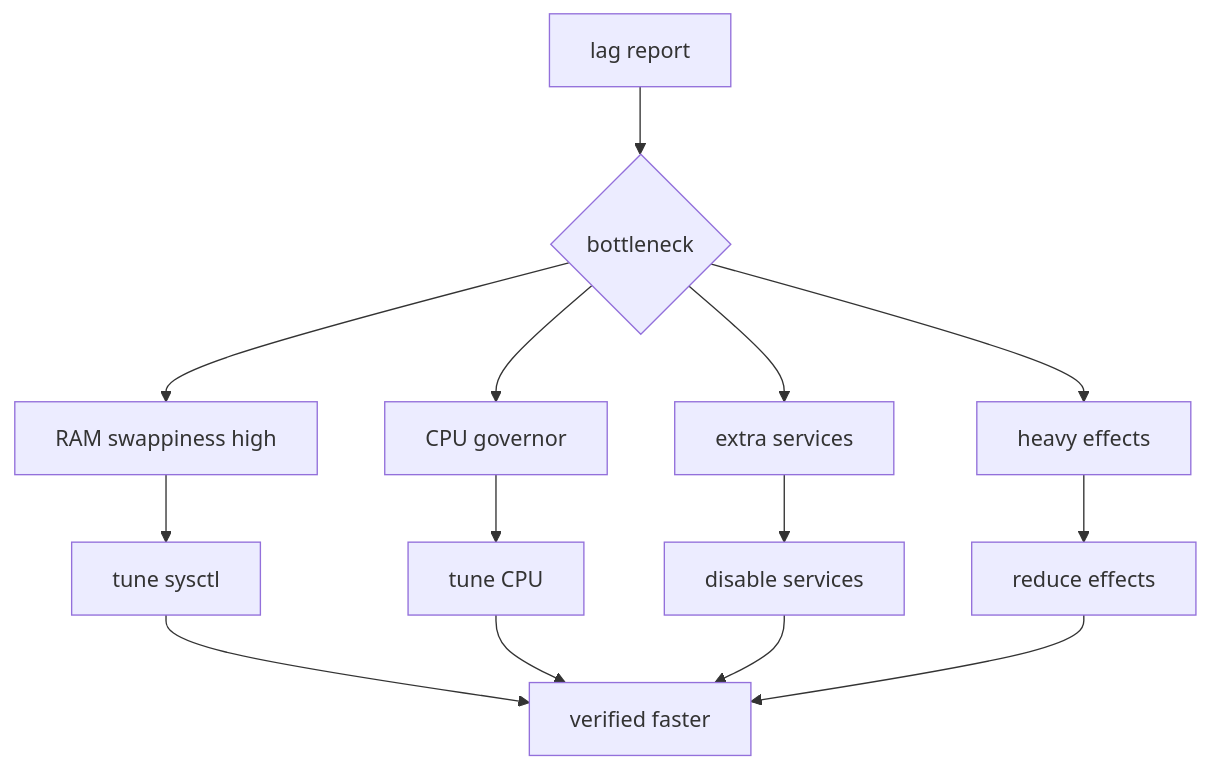
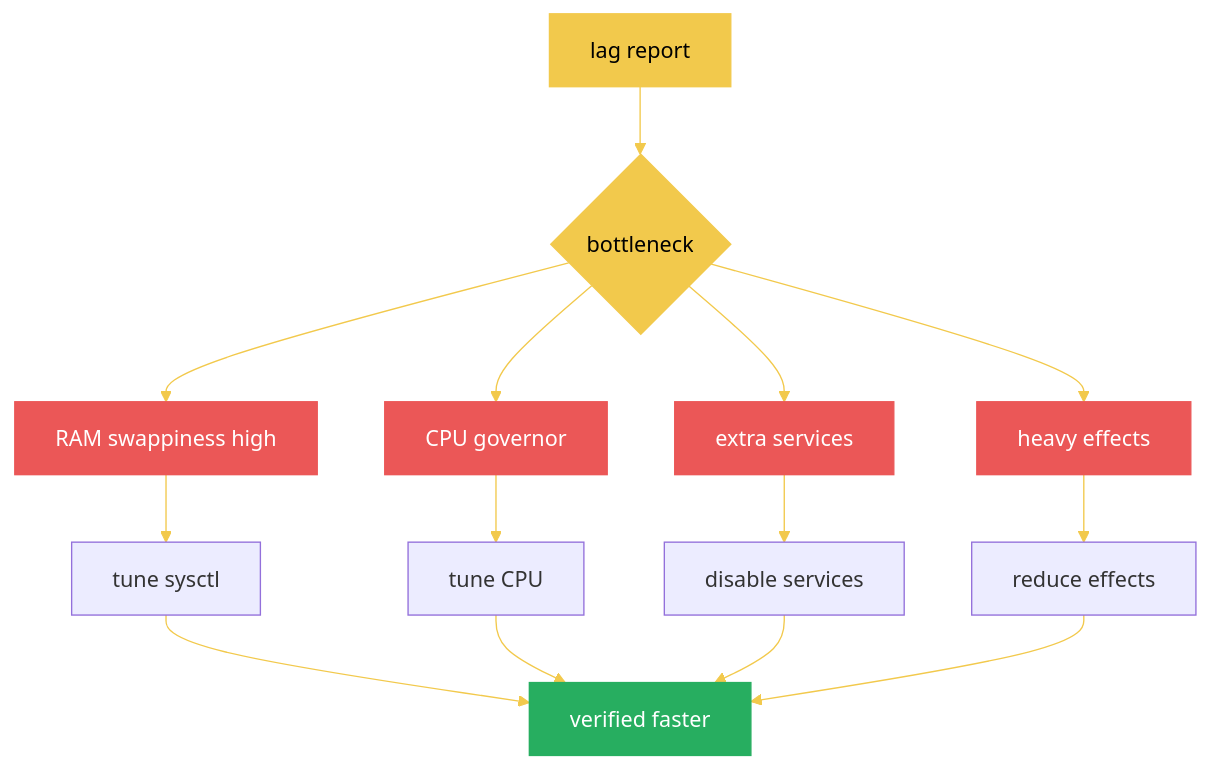
The sixth of 11 diagrams in Graphs/System-Diagrams.md (444Nazky/My-Vault), drawn with Mermaid before and after one commit. The commit also changed other lines of this file and 15 other files, not shown here.

````diff
--- a/Graphs/System-Diagrams.md
+++ b/Graphs/System-Diagrams.md
@@ -110,16 +136,24 @@
 ```mermaid
+%%{init: {'theme': 'default', 'themeVariables': { 'primaryColor': '#F2C94C', 'lineColor': '#F2C94C'}}}%%
 flowchart TD
  A["lag report"] --> B{"bottleneck"}
  B --> C["RAM swappiness high"]
  B --> D["CPU governor"]
  B --> E["extra services"]
  B --> F["heavy effects"]
  C --> G["tune sysctl"]
  D --> H["tune CPU"]
  E --> I["disable services"]
  F --> J["reduce effects"]
  G --> K["verified faster"]
  H --> K
  I --> K
  J --> K
+ style A fill:#F2C94C,stroke:#F2C94C,color:#000
+ style B fill:#F2C94C,stroke:#F2C94C,color:#000
+ style C fill:#EB5757,stroke:#EB5757,color:#fff
+ style D fill:#EB5757,stroke:#EB5757,color:#fff
+ style E fill:#EB5757,stroke:#EB5757,color:#fff
+ style F fill:#EB5757,stroke:#EB5757,color:#fff
+ style K fill:#27AE60,stroke:#27AE60,color:#fff
 ```
````
